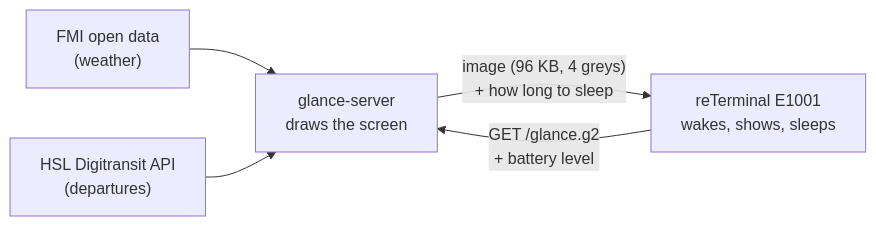
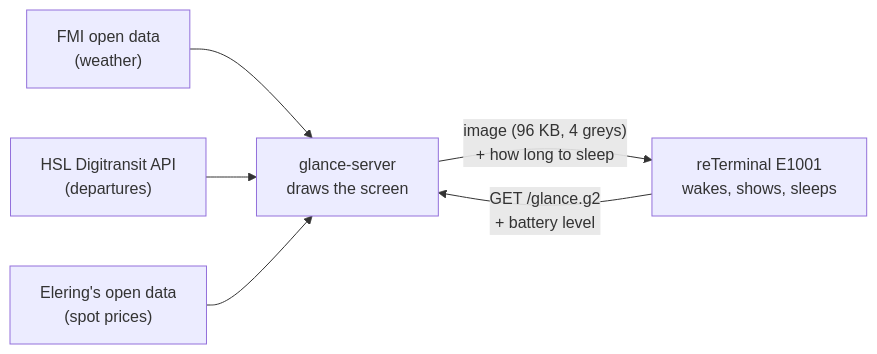
Before and after one commit to hleinone/glance: the diagram in README.md, drawn with Mermaid. The commit also changed other lines of this file and 25 other files, not shown here.

First line of the commit message:
GL-4: Electricity spot prices (#3)

````diff
--- a/README.md
+++ b/README.md
@@ -21,9 +26,10 @@
 ```mermaid
 flowchart LR
     fmi["FMI open data<br/>(weather)"] --> server
     hsl["HSL Digitransit API<br/>(departures)"] --> server
+    elering["Elering's open data<br/>(spot prices)"] --> server
     server["glance-server<br/>draws the screen"]
     device["reTerminal E1001<br/>wakes, shows, sleeps"]
     device -- "GET /glance.g2<br/>+ battery level" --> server
     server -- "image (96 KB, 4 greys)<br/>+ how long to sleep" --> device
 ```
````
